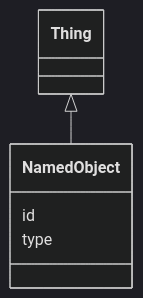
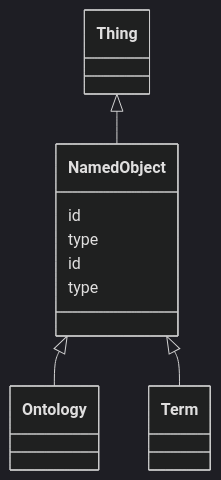
One commit to INCATools/ontology-access-kit changed the diagram in ontology-metadata/NamedObject.md. Above: the diagram before and after it, drawn with Mermaid (dark theme). The commit also changed other lines of this file and 245 other files, not shown here.

````diff
--- a/ontology-metadata/NamedObject.md
+++ b/ontology-metadata/NamedObject.md
@@ -13,9 +13,16 @@
 ```{mermaid}
  classDiagram
+    class NamedObject
       Thing <|-- NamedObject
       
       NamedObject : id
       NamedObject : type
       
 
+      NamedObject <|-- Ontology
+      NamedObject <|-- Term
+      
+      NamedObject : id
+      NamedObject : type
+      
 ```
````
